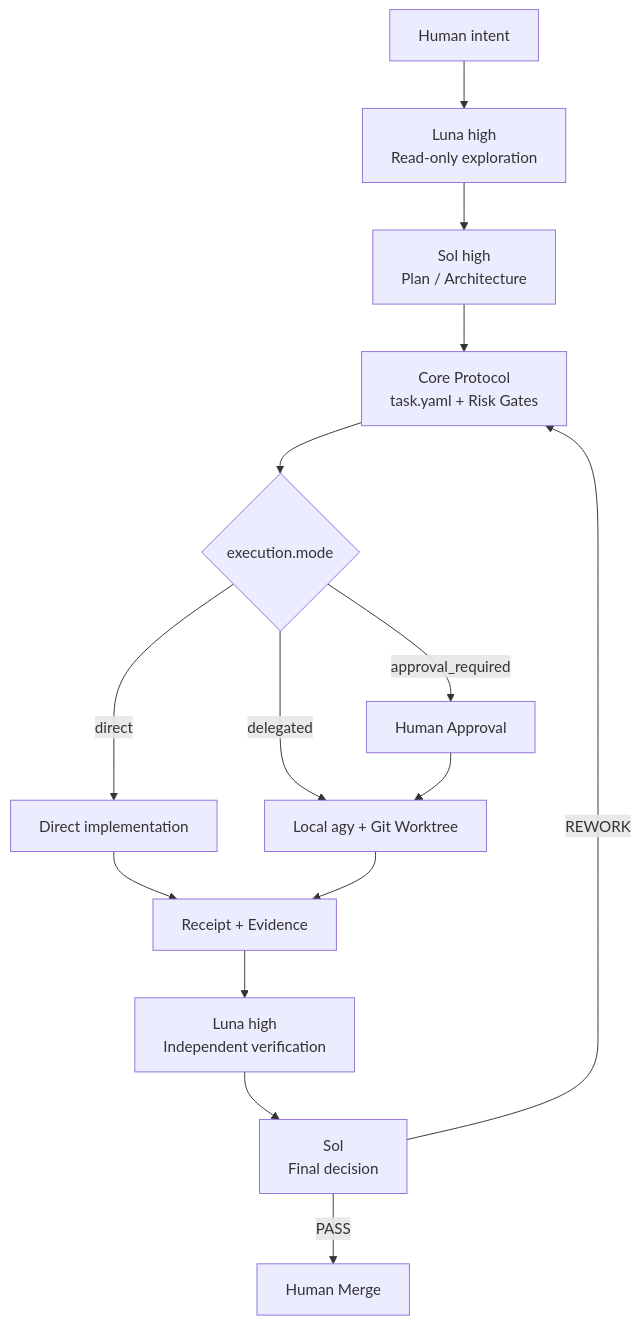
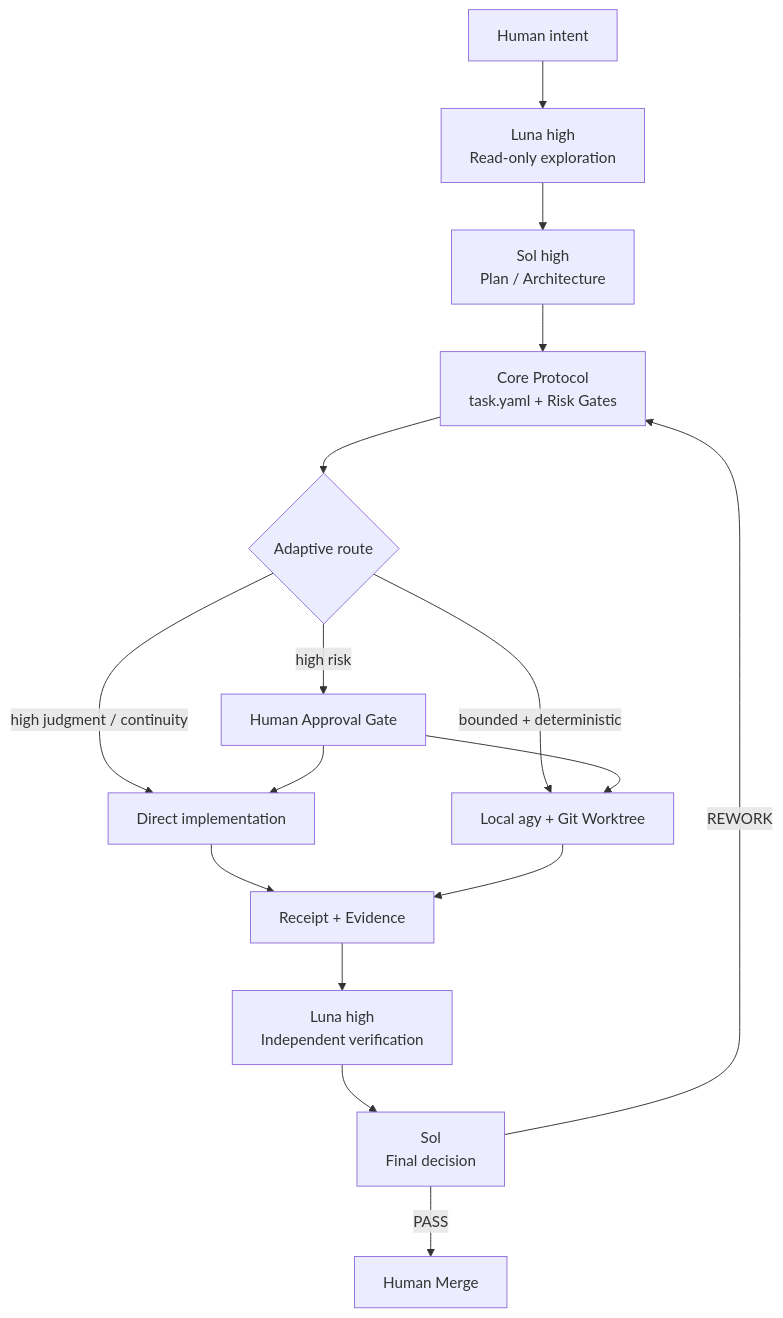
The diagram in README.md (zhttttttty/gpt-antigravity-dev-control), drawn with Mermaid before and after one commit. The commit also changed other lines of this file and 25 other files, not shown here.

Commit message:
feat: make Antigravity delegation risk-adaptive

````diff
--- a/README.md
+++ b/README.md
@@ -135,17 +145,18 @@
 ```mermaid
 flowchart TD
     H[Human intent] --> L[Luna high\nRead-only exploration]
     L --> C[Sol high\nPlan / Architecture]
     C --> T[Core Protocol\ntask.yaml + Risk Gates]
-    T --> R{execution.mode}
-    R -->|direct| D[Direct implementation]
-    R -->|delegated| A[Local agy + Git Worktree]
-    R -->|approval_required| X[Human Approval]
+    T --> R{Adaptive route}
+    R -->|high judgment / continuity| D[Direct implementation]
+    R -->|bounded + deterministic| A[Local agy + Git Worktree]
+    R -->|high risk| X[Human Approval Gate]
+    X --> D
     X --> A
     D --> E[Receipt + Evidence]
     A --> E
     E --> V[Luna high\nIndependent verification]
     V --> S[Sol\nFinal decision]
     S -->|REWORK| T
     S -->|PASS| M[Human Merge]
 ```
````
